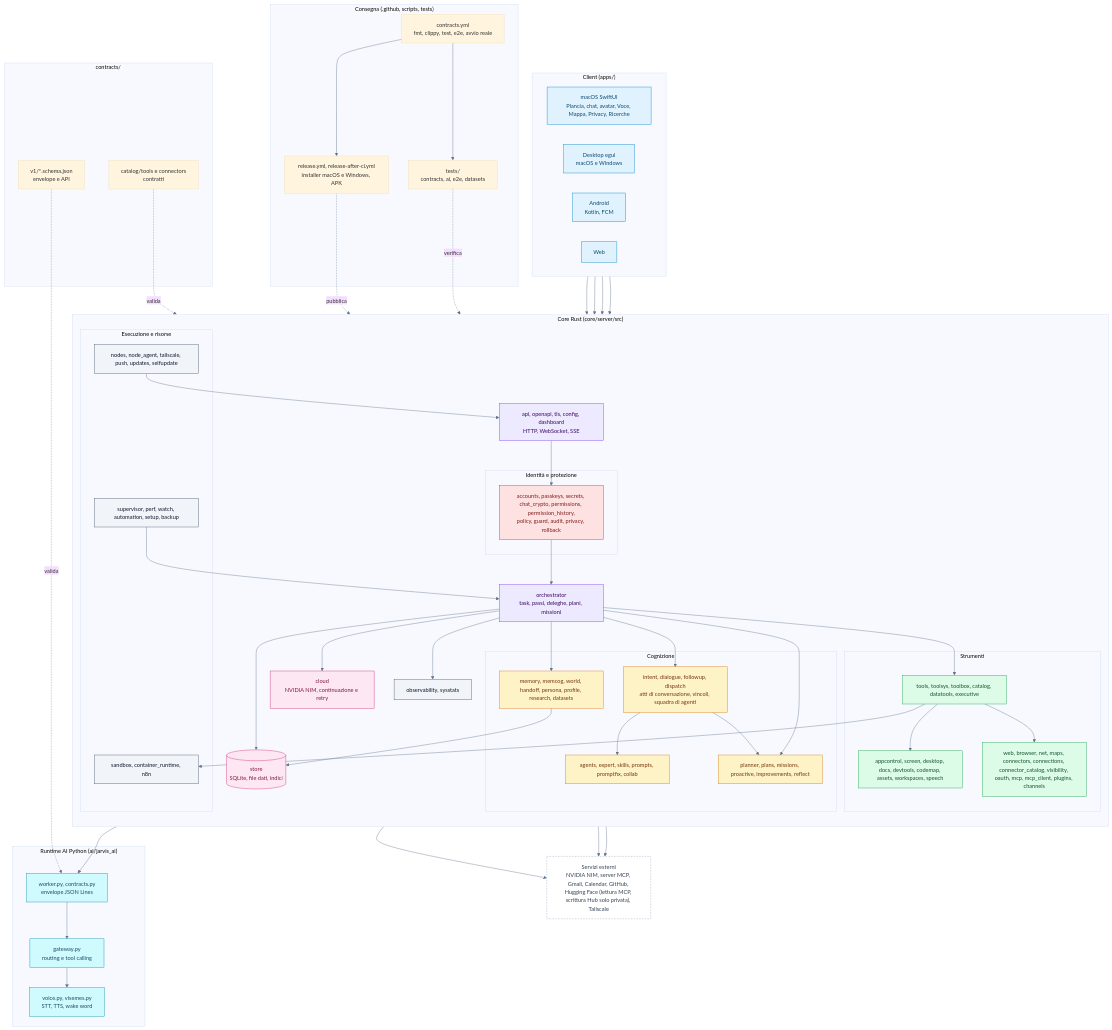
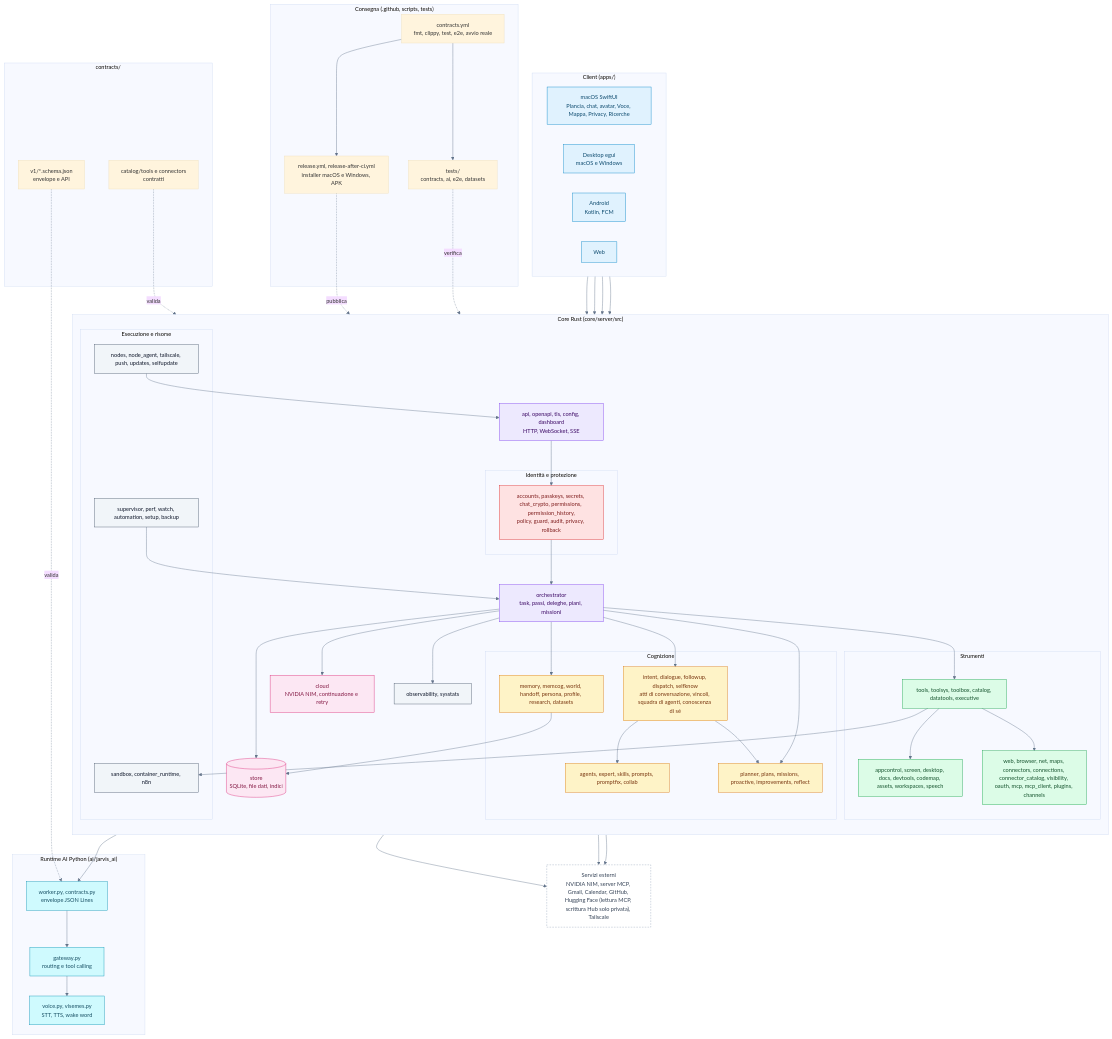
Before and after one commit to xX-VyrnCore-Xx/JARVIS: the second of 5 diagrams in docs/ARCHITECTURE.md, drawn with Mermaid. The commit also changed 17 other files, not shown here.

```diff
--- a/docs/ARCHITECTURE.md
+++ b/docs/ARCHITECTURE.md
@@ -41,7 +41,7 @@
         ORCH["orchestrator<br/>task, passi, deleghe, piani, missioni"]
 
         subgraph Brain["Cognizione"]
-            INT["intent, dialogue, followup, dispatch<br/>atti di conversazione, vincoli, squadra di agenti"]
+            INT["intent, dialogue, followup, dispatch, selfknow<br/>atti di conversazione, vincoli, squadra di agenti, conoscenza di sé"]
             AGT["agents, expert, skills, prompts, promptfix, collab"]
             PLAN["planner, plans, missions, proactive, improvements, reflect"]
             MEM["memory, memcog, world, handoff, persona, profile, research, datasets"]
```
